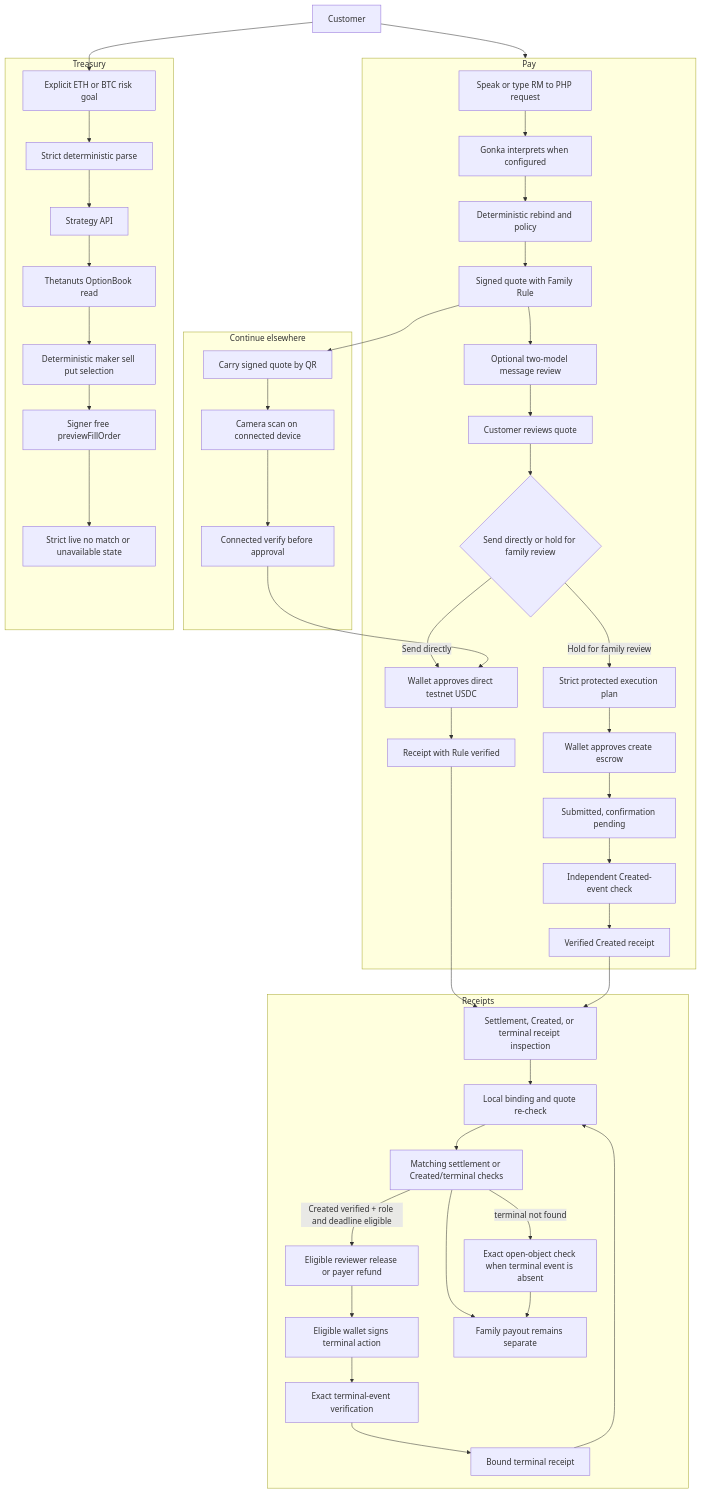
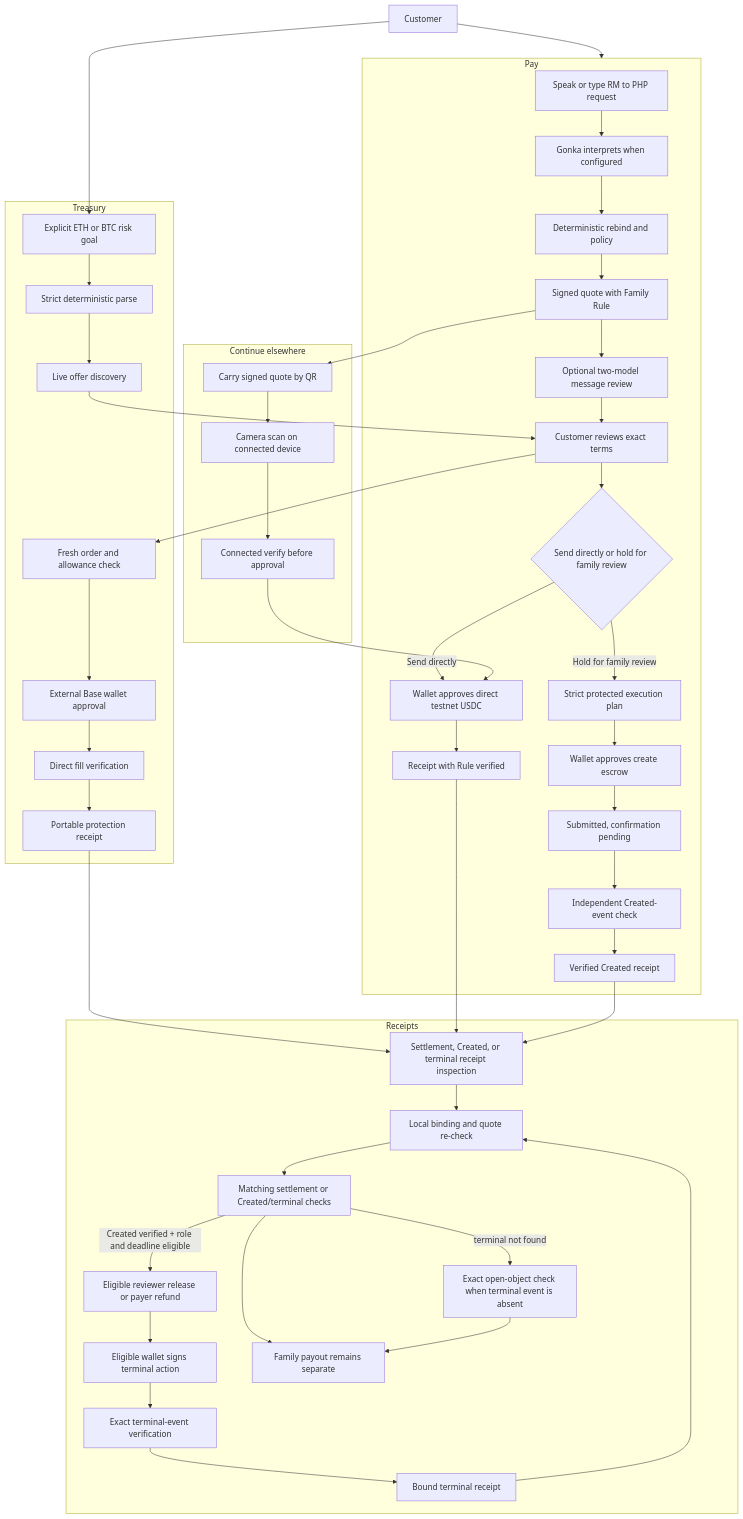
Before and after one commit to MUBA-Hack/convey-sui: the first of 5 diagrams in README.md, drawn with Mermaid. The commit also changed other lines of this file and 41 other files, not shown here.

Commit message:
Add verified Base protection purchases

````diff
--- a/README.md
+++ b/README.md
@@ -580,65 +623,67 @@
 ```mermaid
 flowchart TB
   Customer["Customer"]
 
   subgraph Pay["Pay"]
     Request["Speak or type RM to PHP request"]
     Interpret["Gonka interprets when configured"]
     Rebind["Deterministic rebind and policy"]
     Quote["Signed quote with Family Rule"]
     Steward["Optional two-model message review"]
     Review["Customer reviews quote"]
     Choice{"Send directly or hold for family review"}
     DirectWallet["Wallet approves direct testnet USDC"]
     HoldPlan["Strict protected execution plan"]
     HoldWallet["Wallet approves create escrow"]
     Receipt["Receipt with Rule verified"]
     HoldPending["Submitted, confirmation pending"]
     CreatedCheck["Independent Created-event check"]
     HoldReceipt["Verified Created receipt"]
     Request --> Interpret --> Rebind --> Quote --> Steward --> Review --> Choice
     Choice -->|Send directly| DirectWallet --> Receipt
     Choice -->|Hold for family review| HoldPlan --> HoldWallet --> HoldPending --> CreatedCheck --> HoldReceipt
   end
 
   subgraph Carry["Continue elsewhere"]
     Qr["Carry signed quote by QR"]
     Scan["Camera scan on connected device"]
     QuoteCheck["Connected verify before approval"]
     Qr --> Scan --> QuoteCheck
   end
 
   subgraph Protect["Treasury"]
     Goal["Explicit ETH or BTC risk goal"]
     Parse["Strict deterministic parse"]
-    ShieldAPI["Strategy API"]
-    Read["Thetanuts OptionBook read"]
-    Policy["Deterministic maker sell put selection"]
-    Preview["Signer free previewFillOrder"]
-    State["Strict live no match or unavailable state"]
-    Goal --> Parse --> ShieldAPI --> Read --> Policy --> Preview --> State
+    Discover["Live offer discovery"]
+    Review["Customer reviews exact terms"]
+    Plan["Fresh order and allowance check"]
+    BaseWallet["External Base wallet approval"]
+    FillCheck["Direct fill verification"]
+    ProofO["Portable protection receipt"]
+    Goal --> Parse --> Discover --> Review --> Plan --> BaseWallet --> FillCheck --> ProofO
   end
 
   subgraph ReceiptsArea["Receipts"]
     ReceiptReview["Settlement, Created, or terminal receipt inspection"]
     ReceiptEvidence["Local binding and quote re-check"]
     SuiCheck["Matching settlement or Created/terminal checks"]
     OpenCheck["Exact open-object check when terminal event is absent"]
     TerminalAction["Eligible reviewer release or payer refund"]
     TerminalWallet["Eligible wallet signs terminal action"]
     TerminalOutcome["Exact terminal-event verification"]
     TerminalResult["Bound terminal receipt"]
     PayoutState["Family payout remains separate"]
     ReceiptReview --> ReceiptEvidence --> SuiCheck --> PayoutState
     SuiCheck -->|terminal not found| OpenCheck --> PayoutState
     SuiCheck -->|Created verified + role and deadline eligible| TerminalAction --> TerminalWallet --> TerminalOutcome --> TerminalResult
     TerminalResult --> ReceiptEvidence
   end
 
   Customer --> Pay
   Quote --> Qr
   QuoteCheck --> DirectWallet
   Customer --> Goal
+  ProofO --> ReceiptReview
   Receipt --> ReceiptReview
   HoldReceipt --> ReceiptReview
 ```
````
